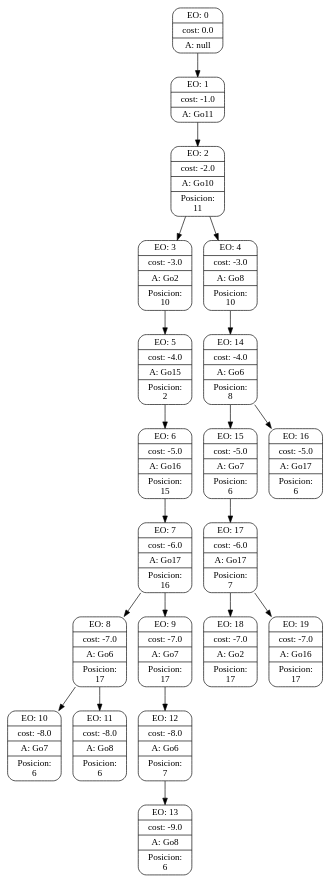
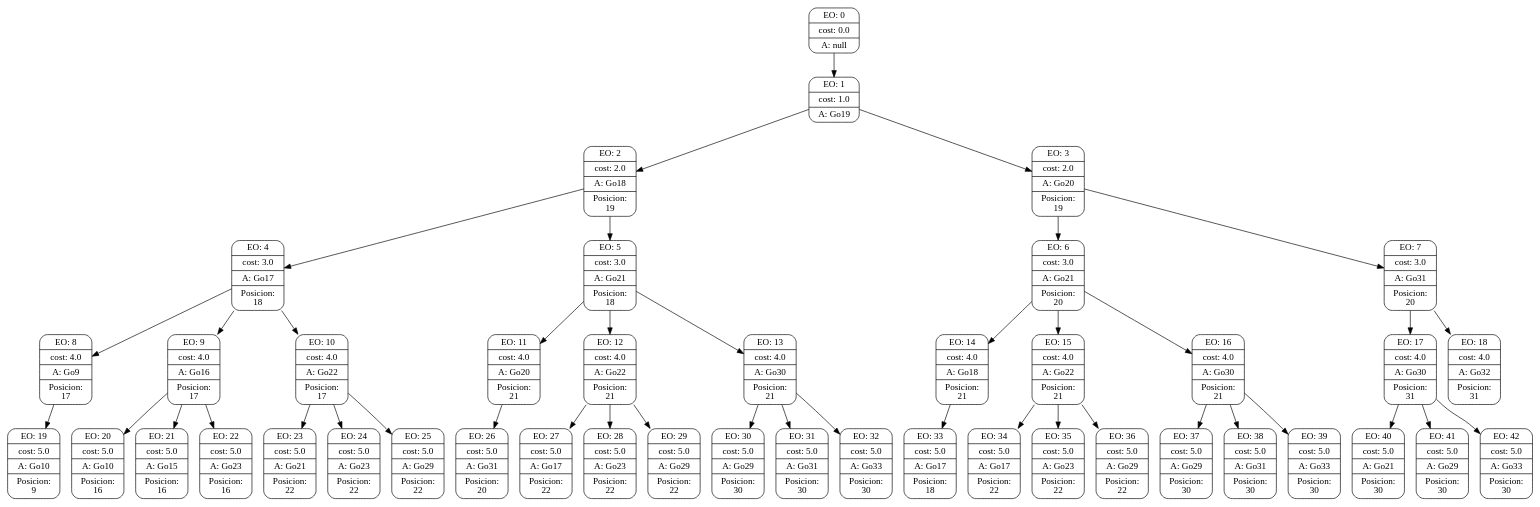
The diagram in searchGVTrees/7.dot (lniklison/TP-Inteligencia-artificial), drawn with Graphviz before and after one commit. The commit also changed 26 other files, not shown here.

```diff
--- a/searchGVTrees/7.dot
+++ b/searchGVTrees/7.dot
@@ -1,63 +1,132 @@
 digraph g {
 node [shape = Mrecord];
 nodo0[label="{EO: 0|cost: 0.0|A: null}"]
-nodo1[label="{EO: 1|cost: -1.0|A: Go11}"]
-nodo2[label="{EO: 2|cost: -2.0|A: Go10|Posicion:\n11}"]
-nodo3[label="{EO: 3|cost: -3.0|A: Go2|Posicion:\n10}"]
-nodo5[label="{EO: 5|cost: -4.0|A: Go15|Posicion:\n2}"]
-nodo6[label="{EO: 6|cost: -5.0|A: Go16|Posicion:\n15}"]
-nodo7[label="{EO: 7|cost: -6.0|A: Go17|Posicion:\n16}"]
-nodo8[label="{EO: 8|cost: -7.0|A: Go6|Posicion:\n17}"]
-nodo10[label="{EO: 10|cost: -8.0|A: Go7|Posicion:\n6}"]
+nodo1[label="{EO: 1|cost: 1.0|A: Go19}"]
+nodo2[label="{EO: 2|cost: 2.0|A: Go18|Posicion:\n19}"]
+nodo4[label="{EO: 4|cost: 3.0|A: Go17|Posicion:\n18}"]
+nodo8[label="{EO: 8|cost: 4.0|A: Go9|Posicion:\n17}"]
+nodo19[label="{EO: 19|cost: 5.0|A: Go10|Posicion:\n9}"]
 
-nodo8 -> nodo10;
-nodo11[label="{EO: 11|cost: -8.0|A: Go8|Posicion:\n6}"]
+nodo8 -> nodo19;
 
-nodo8 -> nodo11;
+nodo4 -> nodo8;
+nodo9[label="{EO: 9|cost: 4.0|A: Go16|Posicion:\n17}"]
+nodo20[label="{EO: 20|cost: 5.0|A: Go10|Posicion:\n16}"]
 
-nodo7 -> nodo8;
-nodo9[label="{EO: 9|cost: -7.0|A: Go7|Posicion:\n17}"]
-nodo12[label="{EO: 12|cost: -8.0|A: Go6|Posicion:\n7}"]
-nodo13[label="{EO: 13|cost: -9.0|A: Go8|Posicion:\n6}"]
+nodo9 -> nodo20;
+nodo21[label="{EO: 21|cost: 5.0|A: Go15|Posicion:\n16}"]
 
-nodo12 -> nodo13;
+nodo9 -> nodo21;
+nodo22[label="{EO: 22|cost: 5.0|A: Go23|Posicion:\n16}"]
 
-nodo9 -> nodo12;
+nodo9 -> nodo22;
 
-nodo7 -> nodo9;
+nodo4 -> nodo9;
+nodo10[label="{EO: 10|cost: 4.0|A: Go22|Posicion:\n17}"]
+nodo23[label="{EO: 23|cost: 5.0|A: Go21|Posicion:\n22}"]
 
-nodo6 -> nodo7;
+nodo10 -> nodo23;
+nodo24[label="{EO: 24|cost: 5.0|A: Go23|Posicion:\n22}"]
 
-nodo5 -> nodo6;
+nodo10 -> nodo24;
+nodo25[label="{EO: 25|cost: 5.0|A: Go29|Posicion:\n22}"]
 
-nodo3 -> nodo5;
+nodo10 -> nodo25;
 
-nodo2 -> nodo3;
-nodo4[label="{EO: 4|cost: -3.0|A: Go8|Posicion:\n10}"]
-nodo14[label="{EO: 14|cost: -4.0|A: Go6|Posicion:\n8}"]
-nodo15[label="{EO: 15|cost: -5.0|A: Go7|Posicion:\n6}"]
-nodo17[label="{EO: 17|cost: -6.0|A: Go17|Posicion:\n7}"]
-nodo18[label="{EO: 18|cost: -7.0|A: Go2|Posicion:\n17}"]
-
-nodo17 -> nodo18;
-nodo19[label="{EO: 19|cost: -7.0|A: Go16|Posicion:\n17}"]
-
-nodo17 -> nodo19;
-
-nodo15 -> nodo17;
-
-nodo14 -> nodo15;
-nodo16[label="{EO: 16|cost: -5.0|A: Go17|Posicion:\n6}"]
-
-nodo14 -> nodo16;
-
-nodo4 -> nodo14;
+nodo4 -> nodo10;
 
 nodo2 -> nodo4;
+nodo5[label="{EO: 5|cost: 3.0|A: Go21|Posicion:\n18}"]
+nodo11[label="{EO: 11|cost: 4.0|A: Go20|Posicion:\n21}"]
+nodo26[label="{EO: 26|cost: 5.0|A: Go31|Posicion:\n20}"]
+
+nodo11 -> nodo26;
+
+nodo5 -> nodo11;
+nodo12[label="{EO: 12|cost: 4.0|A: Go22|Posicion:\n21}"]
+nodo27[label="{EO: 27|cost: 5.0|A: Go17|Posicion:\n22}"]
+
+nodo12 -> nodo27;
+nodo28[label="{EO: 28|cost: 5.0|A: Go23|Posicion:\n22}"]
+
+nodo12 -> nodo28;
+nodo29[label="{EO: 29|cost: 5.0|A: Go29|Posicion:\n22}"]
+
+nodo12 -> nodo29;
+
+nodo5 -> nodo12;
+nodo13[label="{EO: 13|cost: 4.0|A: Go30|Posicion:\n21}"]
+nodo30[label="{EO: 30|cost: 5.0|A: Go29|Posicion:\n30}"]
+
+nodo13 -> nodo30;
+nodo31[label="{EO: 31|cost: 5.0|A: Go31|Posicion:\n30}"]
+
+nodo13 -> nodo31;
+nodo32[label="{EO: 32|cost: 5.0|A: Go33|Posicion:\n30}"]
+
+nodo13 -> nodo32;
+
+nodo5 -> nodo13;
+
+nodo2 -> nodo5;
 
 nodo1 -> nodo2;
+nodo3[label="{EO: 3|cost: 2.0|A: Go20|Posicion:\n19}"]
+nodo6[label="{EO: 6|cost: 3.0|A: Go21|Posicion:\n20}"]
+nodo14[label="{EO: 14|cost: 4.0|A: Go18|Posicion:\n21}"]
+nodo33[label="{EO: 33|cost: 5.0|A: Go17|Posicion:\n18}"]
+
+nodo14 -> nodo33;
+
+nodo6 -> nodo14;
+nodo15[label="{EO: 15|cost: 4.0|A: Go22|Posicion:\n21}"]
+nodo34[label="{EO: 34|cost: 5.0|A: Go17|Posicion:\n22}"]
+
+nodo15 -> nodo34;
+nodo35[label="{EO: 35|cost: 5.0|A: Go23|Posicion:\n22}"]
+
+nodo15 -> nodo35;
+nodo36[label="{EO: 36|cost: 5.0|A: Go29|Posicion:\n22}"]
+
+nodo15 -> nodo36;
+
+nodo6 -> nodo15;
+nodo16[label="{EO: 16|cost: 4.0|A: Go30|Posicion:\n21}"]
+nodo37[label="{EO: 37|cost: 5.0|A: Go29|Posicion:\n30}"]
+
+nodo16 -> nodo37;
+nodo38[label="{EO: 38|cost: 5.0|A: Go31|Posicion:\n30}"]
+
+nodo16 -> nodo38;
+nodo39[label="{EO: 39|cost: 5.0|A: Go33|Posicion:\n30}"]
+
+nodo16 -> nodo39;
+
+nodo6 -> nodo16;
+
+nodo3 -> nodo6;
+nodo7[label="{EO: 7|cost: 3.0|A: Go31|Posicion:\n20}"]
+nodo17[label="{EO: 17|cost: 4.0|A: Go30|Posicion:\n31}"]
+nodo40[label="{EO: 40|cost: 5.0|A: Go21|Posicion:\n30}"]
+
+nodo17 -> nodo40;
+nodo41[label="{EO: 41|cost: 5.0|A: Go29|Posicion:\n30}"]
+
+nodo17 -> nodo41;
+nodo42[label="{EO: 42|cost: 5.0|A: Go33|Posicion:\n30}"]
+
+nodo17 -> nodo42;
+
+nodo7 -> nodo17;
+nodo18[label="{EO: 18|cost: 4.0|A: Go32|Posicion:\n31}"]
+
+nodo7 -> nodo18;
+
+nodo3 -> nodo7;
+
+nodo1 -> nodo3;
 
 nodo0 -> nodo1;
 
 
 }
```
